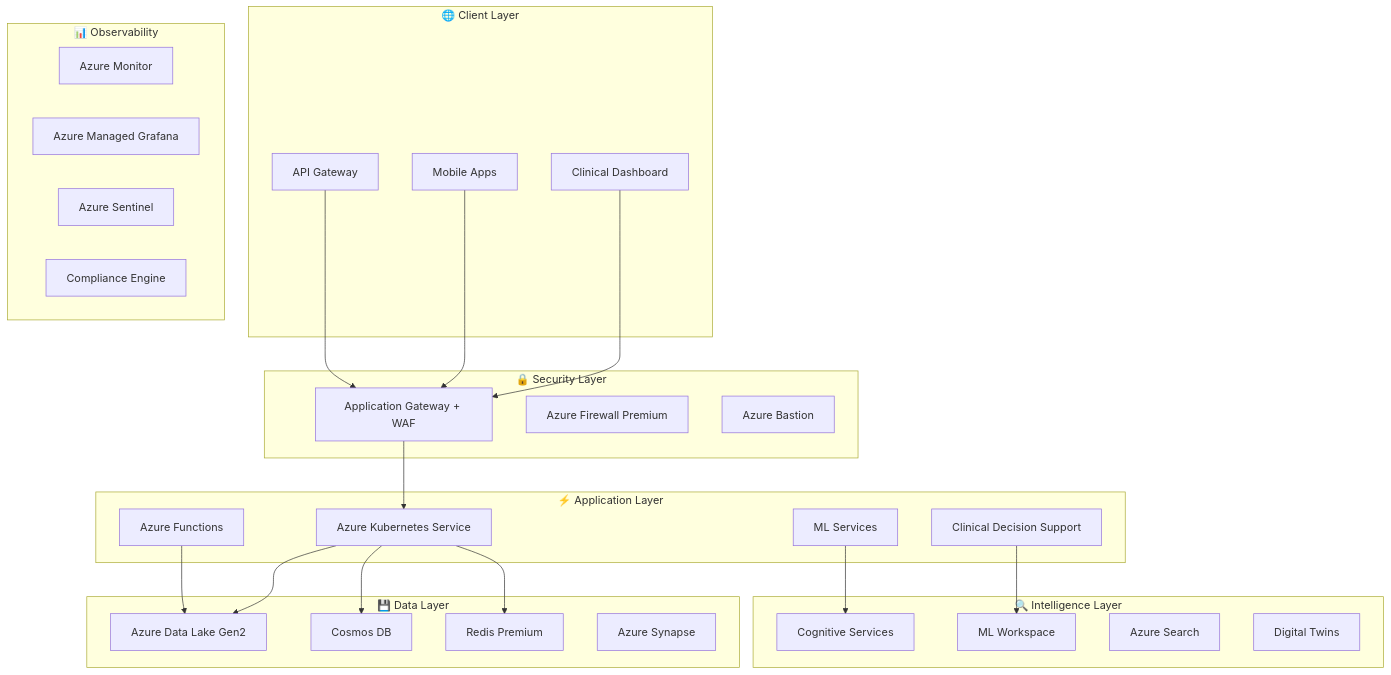
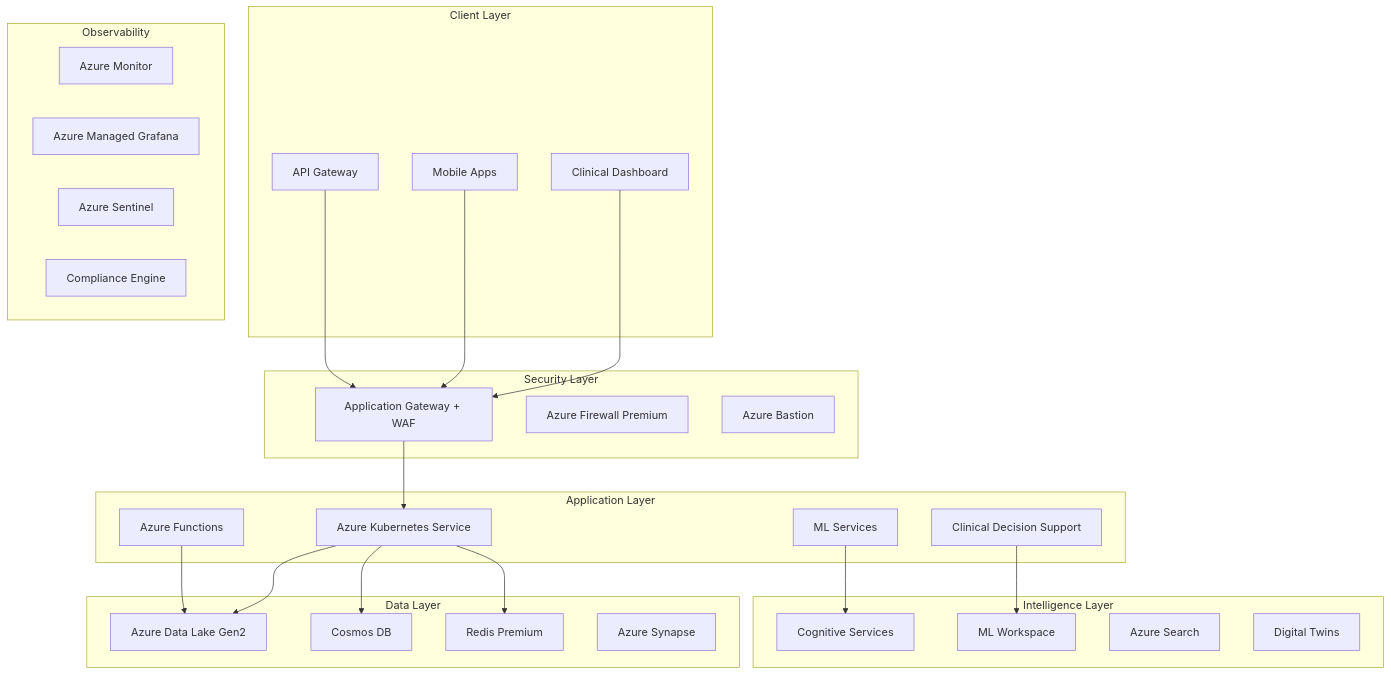
Before and after one commit to ruslanbaba/Azure-Healthcare-Platform: the first of 2 diagrams in README.md, drawn with Mermaid. The commit also changed other lines of this file, not shown here.

````diff
--- a/README.md
+++ b/README.md
@@ -27,53 +20,53 @@
 ```mermaid
 graph TB
-    subgraph "🌐 Client Layer"
+    subgraph " Client Layer"
         Web[Clinical Dashboard]
         Mobile[Mobile Apps]
         API[API Gateway]
     end
     
-    subgraph "🔒 Security Layer"
+    subgraph " Security Layer"
         AGW[Application Gateway + WAF]
         FW[Azure Firewall Premium]
         Bastion[Azure Bastion]
     end
     
-    subgraph "⚡ Application Layer"
+    subgraph " Application Layer"
         AKS[Azure Kubernetes Service]
         Functions[Azure Functions]
         CDSS[Clinical Decision Support]
         ML[ML Services]
     end
     
-    subgraph "💾 Data Layer"
+    subgraph " Data Layer"
         DataLake[Azure Data Lake Gen2]
         Cosmos[Cosmos DB]
         Cache[Redis Premium]
         Synapse[Azure Synapse]
     end
     
-    subgraph "🔍 Intelligence Layer"
+    subgraph " Intelligence Layer"
         Cognitive[Cognitive Services]
         MLWorkspace[ML Workspace]
         Search[Azure Search]
         DigitalTwins[Digital Twins]
     end
     
-    subgraph "📊 Observability"
+    subgraph " Observability"
         Monitor[Azure Monitor]
         Grafana[Azure Managed Grafana]
         Sentinel[Azure Sentinel]
         Compliance[Compliance Engine]
     end
     
     Web --> AGW
     Mobile --> AGW
     API --> AGW
     AGW --> AKS
     AKS --> DataLake
     AKS --> Cosmos
     AKS --> Cache
     Functions --> DataLake
     CDSS --> MLWorkspace
     ML --> Cognitive
 ```
````
